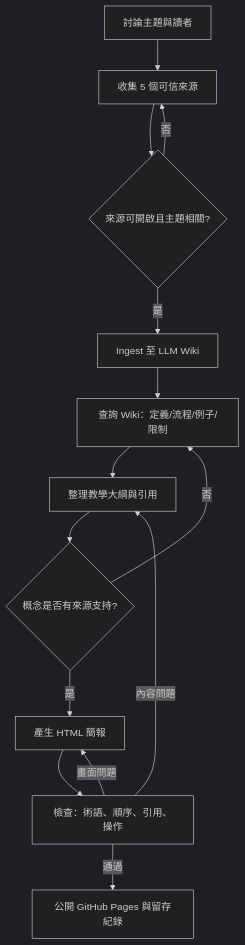
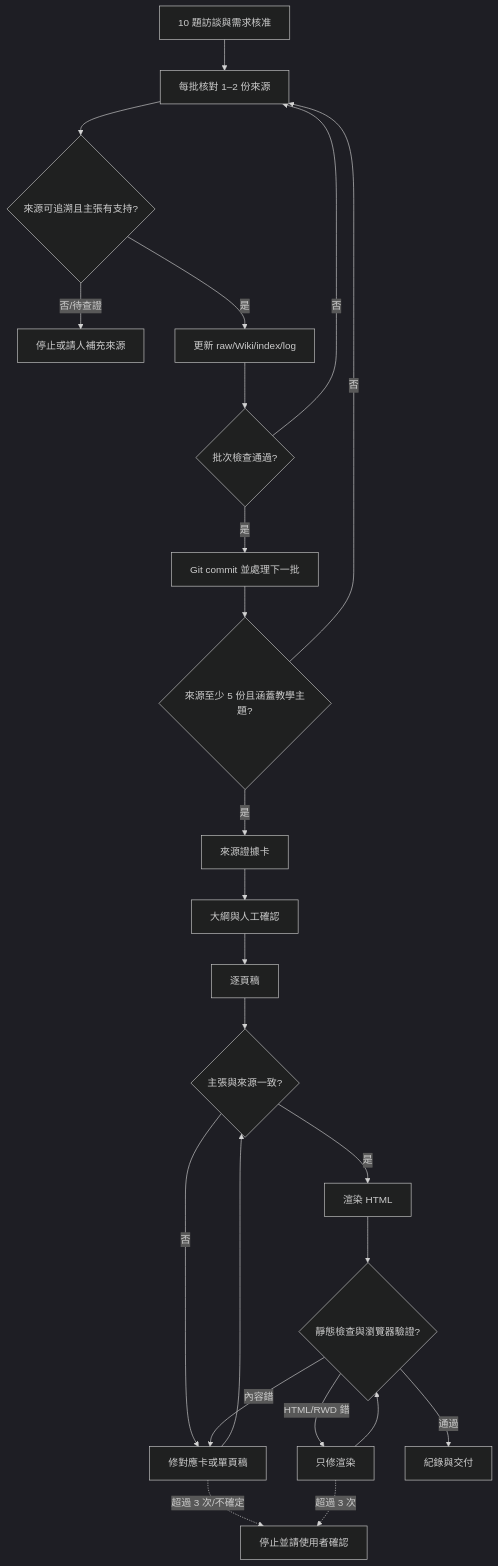
Before and after one commit to Ting-liu0103/calm-event-helper: the diagram in rag-wiki-slides/WORKFLOW.md, drawn with Mermaid (dark theme). The commit also changed other lines of this file and 6 other files, not shown here.

````diff
--- a/rag-wiki-slides/WORKFLOW.md
+++ b/rag-wiki-slides/WORKFLOW.md
@@ -3,16 +3,26 @@
 ```mermaid
 flowchart TD
- A[討論主題與讀者] --> B[收集 5 個可信來源]
- B --> C{來源可開啟且主題相關?}
- C -- 否 --> B
- C -- 是 --> D[Ingest 至 LLM Wiki]
- D --> E[查詢 Wiki：定義/流程/例子/限制]
- E --> F[整理教學大綱與引用]
- F --> G{概念是否有來源支持?}
- G -- 否 --> E
- G -- 是 --> H[產生 HTML 簡報]
- H --> I[檢查：術語、順序、引用、操作]
- I -- 內容問題 --> F
- I -- 畫面問題 --> H
- I -- 通過 --> J[公開 GitHub Pages 與留存紀錄]
+ A[10 題訪談與需求核准] --> B[每批核對 1–2 份來源]
+ B --> C{來源可追溯且主張有支持?}
+ C -- 否/待查證 --> STOP1[停止或請人補充來源]
+ C -- 是 --> D[更新 raw/Wiki/index/log]
+ D --> E{批次檢查通過?}
+ E -- 否 --> B
+ E -- 是 --> F[Git commit 並處理下一批]
+ F --> G{來源至少 5 份且涵蓋教學主題?}
+ G -- 否 --> B
+ G -- 是 --> H[來源證據卡]
+ H --> I[大綱與人工確認]
+ I --> J[逐頁稿]
+ J --> K{主張與來源一致?}
+ K -- 否 --> R1[修對應卡或單頁稿]
+ R1 --> K
+ K -- 是 --> L[渲染 HTML]
+ L --> M{靜態檢查與瀏覽器驗證?}
+ M -- 內容錯 --> R1
+ M -- HTML/RWD 錯 --> R2[只修渲染]
+ R2 --> M
+ M -- 通過 --> N[紀錄與交付]
+ R1 -. 超過 3 次/不確定 .-> STOP2[停止並請使用者確認]
+ R2 -. 超過 3 次 .-> STOP2
 ```
````
